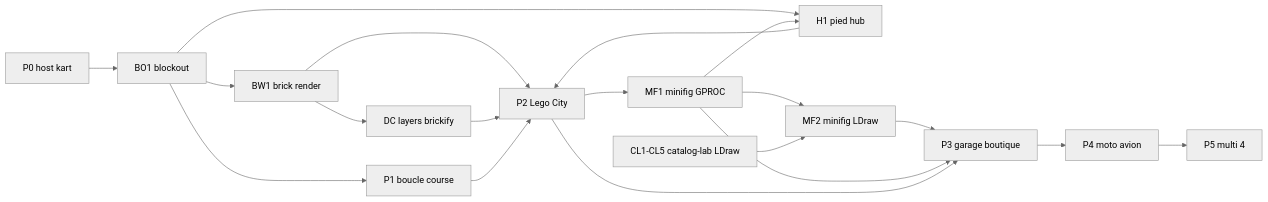
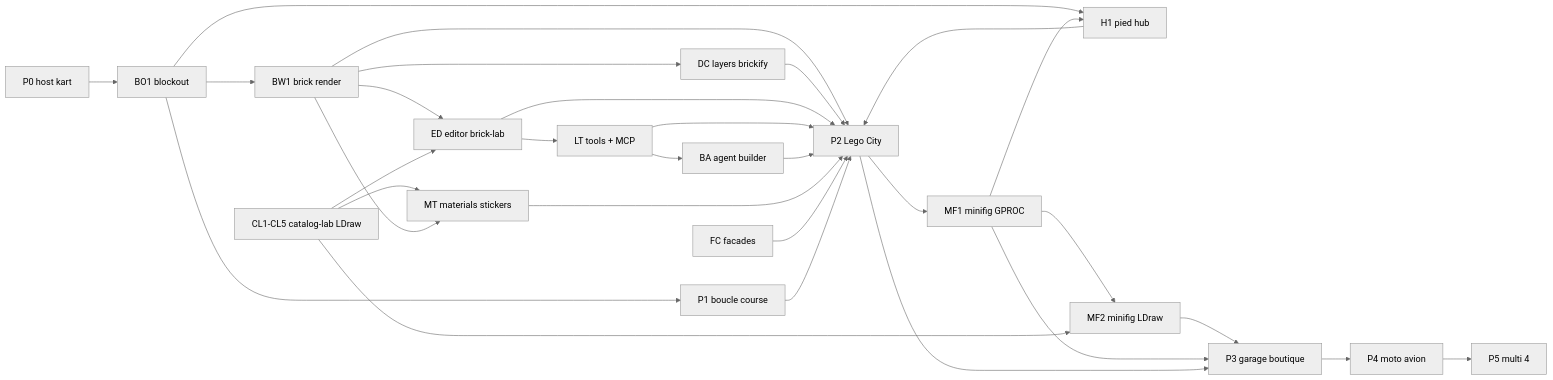
The diagram in docs/plans/roadmap.md (naanouff/Brick-Racer), drawn with Mermaid (neutral theme) before and after one commit. The commit also changed other lines of this file and 898 other files, not shown here.

First line of the commit message:
feat: ship brick-lab editor, MCP agent, and city façades

````diff
--- a/docs/plans/roadmap.md
+++ b/docs/plans/roadmap.md
@@ -23,21 +29,32 @@
 ```mermaid
 flowchart LR
   P0[P0 host kart] --> BO1[BO1 blockout]
   BO1 --> P1[P1 boucle course]
   BO1 --> H1[H1 pied hub]
   BO1 --> BW1[BW1 brick render]
   BW1 --> DC[DC layers brickify]
+  BW1 --> ED[ED editor brick-lab]
+  CL[CL1-CL5 catalog-lab LDraw] --> ED
+  ED --> LT[LT tools + MCP]
+  LT --> BA[BA agent builder]
+  CL --> MT[MT materials stickers]
+  BW1 --> MT
   MF1[MF1 minifig GPROC] --> H1
   MF1 --> MF2[MF2 minifig LDraw]
-  CL[CL1-CL5 catalog-lab LDraw] --> MF2
+  CL --> MF2
   MF2 --> P3
   H1 --> P2[P2 Lego City]
   BW1 --> P2
   DC --> P2
+  ED --> P2
+  LT --> P2
+  BA --> P2
+  MT --> P2
+  FC[FC facades] --> P2
   P1 --> P2
   P2 --> MF1
   MF1 --> P3[P3 garage boutique]
   P2 --> P3
   P3 --> P4[P4 moto avion]
   P4 --> P5[P5 multi 4]
 ```
````
